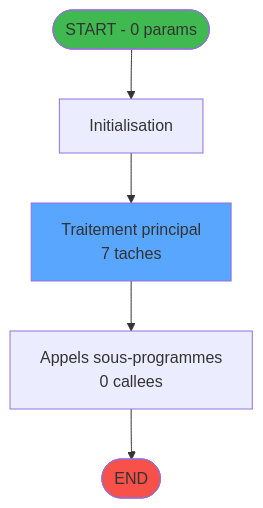
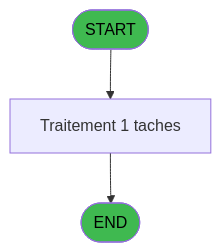
Before and after one commit to thonyAGP/magic-migration: the first of 3 diagrams in .openspec/specs/ADH-IDE-126.md, drawn with Mermaid. The commit also changed other lines of this file and 311 other files, not shown here.

````diff
--- a/.openspec/specs/ADH-IDE-126.md
+++ b/.openspec/specs/ADH-IDE-126.md
@@ -92,14 +53,9 @@
 ```mermaid
 flowchart TD
-    START([START - 0 params])
-    INIT["Initialisation"]
-    PROCESS["Traitement principal<br/>7 taches"]
-    CALLS["Appels sous-programmes<br/>0 callees"]
+    START([START])
+    PROCESS[Traitement 1 taches]
     ENDOK([END])
-
-    START --> INIT --> PROCESS --> CALLS --> ENDOK
-
-    style START fill:#3fb950
-    style ENDOK fill:#f85149
-    style PROCESS fill:#58a6ff
+    START --> PROCESS --> ENDOK
+    style START fill:#3fb950,color:#000
+    style ENDOK fill:#3fb950,color:#000
 ```
````
